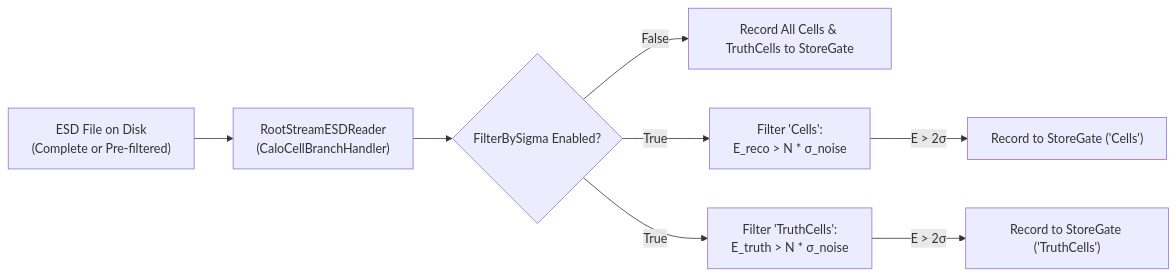
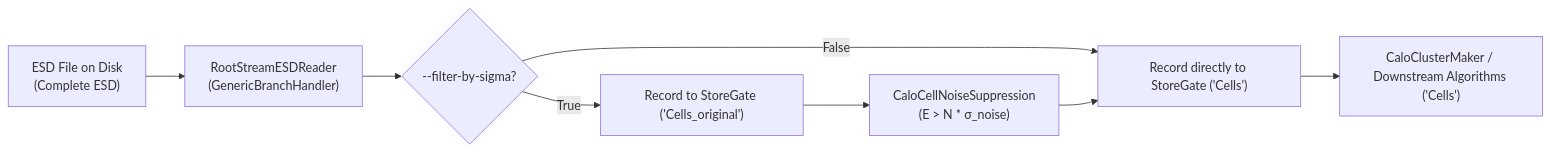
The third of 3 diagrams in reconstruction/io/RootStreamBuilder/README.md (lorenzetti-ufrj-br/lorenzetti), drawn with Mermaid before and after one commit. The commit also changed other lines of this file and 17 other files, not shown here.

````diff
--- a/reconstruction/io/RootStreamBuilder/README.md
+++ b/reconstruction/io/RootStreamBuilder/README.md
@@ -233,10 +231,10 @@
 ```mermaid
 graph LR
-    ESD["ESD File on Disk<br/>(Complete or Pre-filtered)"] --> Reader["RootStreamESDReader<br/>(CaloCellBranchHandler)"]
-    Reader --> Check{"FilterBySigma Enabled?"}
-    Check -->|False| SG_All["Record All Cells & TruthCells to StoreGate"]
-    Check -->|True| FilterCells["Filter 'Cells':<br/>E_reco > N * &sigma;_noise"]
-    Check -->|True| FilterTruth["Filter 'TruthCells':<br/>E_truth > N * &sigma;_noise"]
-    FilterCells -->|E > 2&sigma;| SG_Filt["Record to StoreGate ('Cells')"]
-    FilterTruth -->|E > 2&sigma;| SG_Truth["Record to StoreGate ('TruthCells')"]
+    ESD["ESD File on Disk<br/>(Complete ESD)"] --> Reader["RootStreamESDReader<br/>(GenericBranchHandler)"]
+    Reader --> Check{"--filter-by-sigma?"}
+    Check -->|False| SG_Cells["Record directly to StoreGate ('Cells')"]
+    Check -->|True| SG_Orig["Record to StoreGate ('Cells_original')"]
+    SG_Orig --> Filter["CaloCellNoiseSuppression<br/>(E > N * &sigma;_noise)"]
+    Filter --> SG_Cells
+    SG_Cells --> Downstream["CaloClusterMaker / Downstream Algorithms ('Cells')"]
 ```
````
